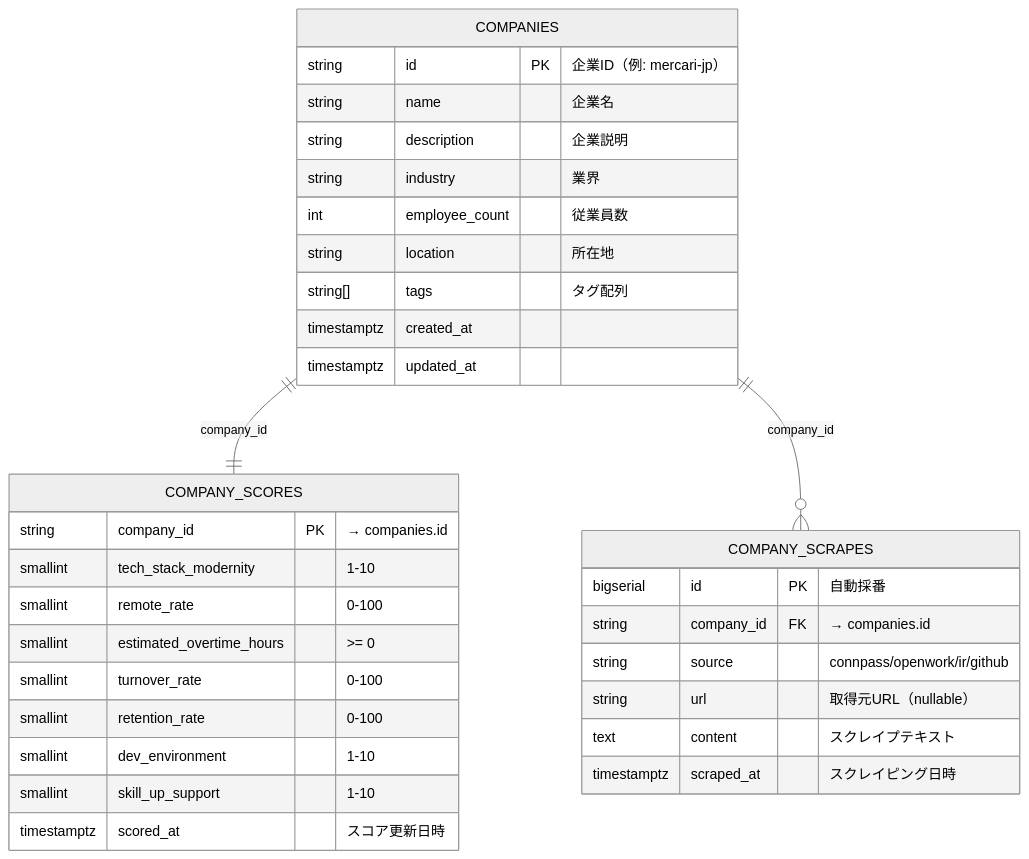
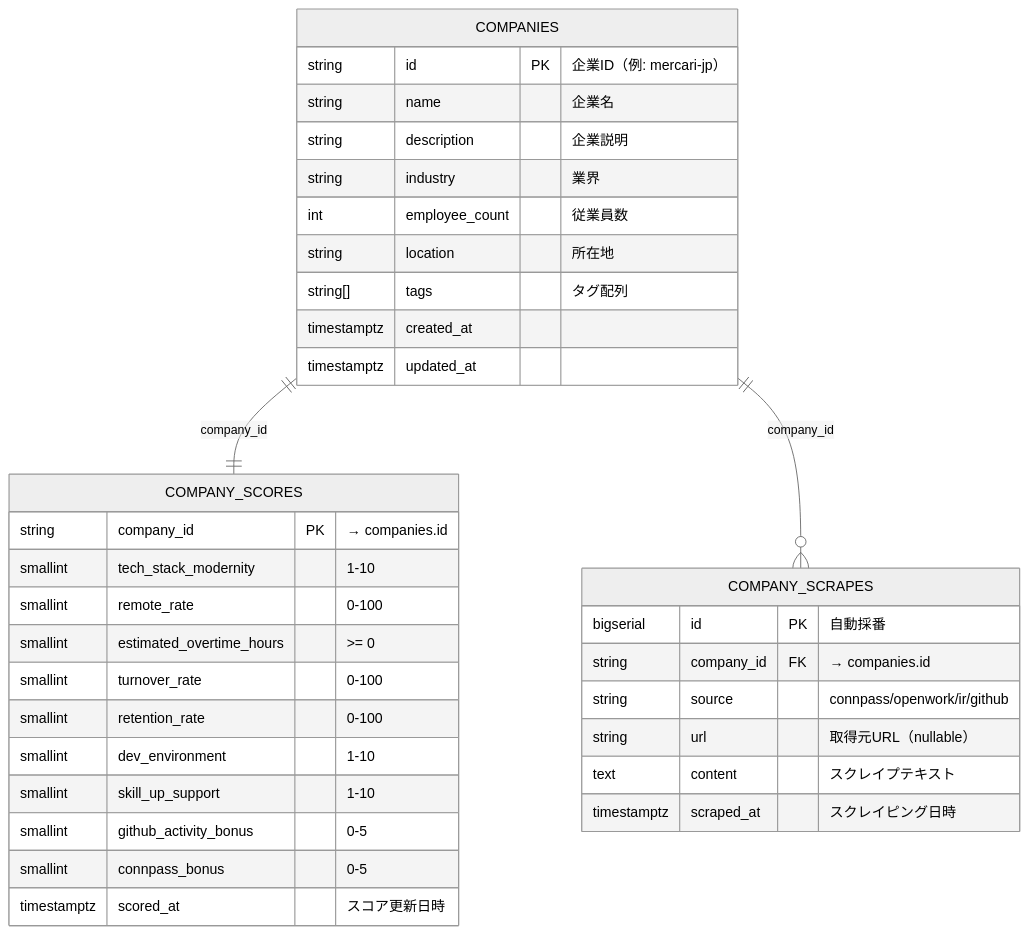
The first of 3 diagrams in docs/pipeline/spec/database-schema.md (swdevsmz/dev-satisfaction-map), drawn with Mermaid (neutral theme) before and after one commit. The commit also changed other lines of this file and 20 other files, not shown here.

````diff
--- a/docs/pipeline/spec/database-schema.md
+++ b/docs/pipeline/spec/database-schema.md
@@ -9,38 +9,40 @@
 ```mermaid
 erDiagram
     COMPANIES ||--|| COMPANY_SCORES : "company_id"
     COMPANIES ||--o{ COMPANY_SCRAPES : "company_id"
     
     COMPANIES {
         string id PK "企業ID（例: mercari-jp）"
         string name "企業名"
         string description "企業説明"
         string industry "業界"
         int employee_count "従業員数"
         string location "所在地"
         string[] tags "タグ配列"
         timestamptz created_at
         timestamptz updated_at
     }
     
     COMPANY_SCORES {
         string company_id PK "→ companies.id"
         smallint tech_stack_modernity "1-10"
         smallint remote_rate "0-100"
         smallint estimated_overtime_hours ">= 0"
         smallint turnover_rate "0-100"
         smallint retention_rate "0-100"
         smallint dev_environment "1-10"
         smallint skill_up_support "1-10"
+        smallint github_activity_bonus "0-5"
+        smallint connpass_bonus "0-5"
         timestamptz scored_at "スコア更新日時"
     }
     
     COMPANY_SCRAPES {
         bigserial id PK "自動採番"
         string company_id FK "→ companies.id"
         string source "connpass/openwork/ir/github"
         string url "取得元URL（nullable）"
         text content "スクレイプテキスト"
         timestamptz scraped_at "スクレイピング日時"
     }
 ```
````
